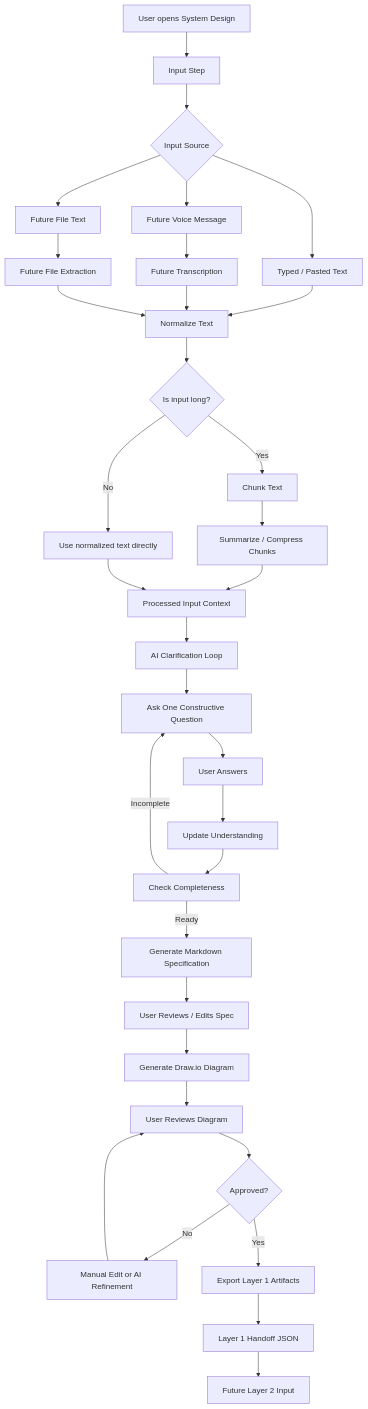
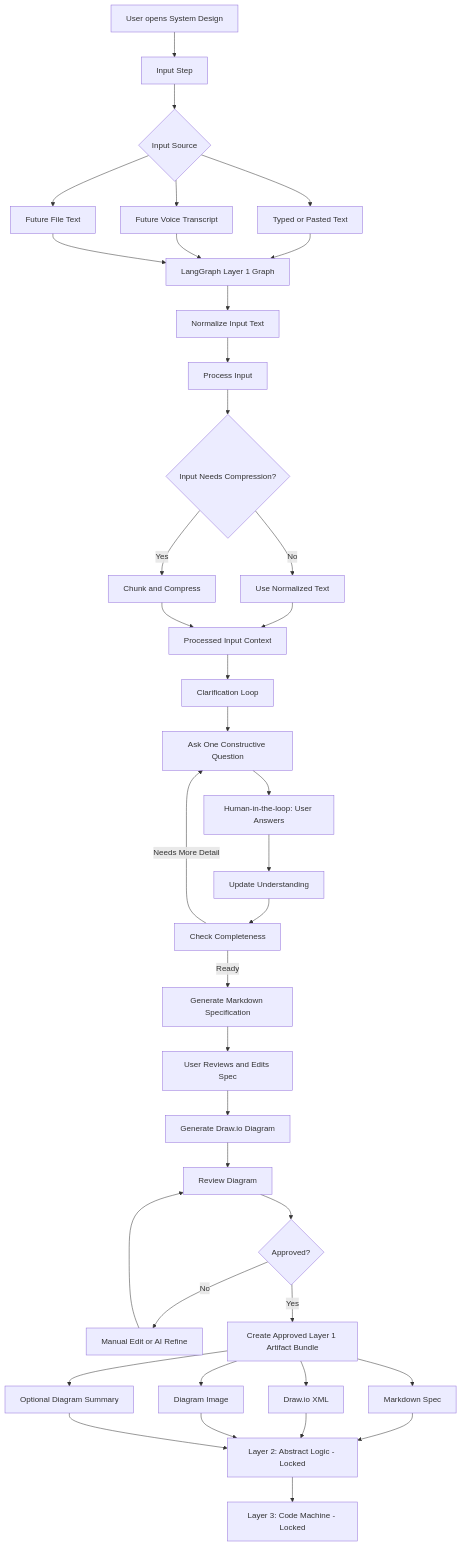
Before and after one commit to ProductMasterz/Mujarrad-Frontend: the second of 19 diagrams in Docs/system-design-detailed-plan.md, drawn with Mermaid. The commit also changed other lines of this file, not shown here.

Commit message:
Refine system design architecture plan

````diff
--- a/Docs/system-design-detailed-plan.md
+++ b/Docs/system-design-detailed-plan.md
@@ -174,42 +226,51 @@
 ```mermaid
 flowchart TD
     A[User opens System Design] --> B[Input Step]
 
     B --> C{Input Source}
-    C --> C1[Typed / Pasted Text]
-    C --> C2[Future Voice Message]
+    C --> C1[Typed or Pasted Text]
+    C --> C2[Future Voice Transcript]
     C --> C3[Future File Text]
 
-    C1 --> D[Normalize Text]
-    C2 --> T[Future Transcription] --> D
-    C3 --> F[Future File Extraction] --> D
+    C1 --> LG[LangGraph Layer 1 Graph]
+    C2 --> LG
+    C3 --> LG
 
-    D --> E{Is input long?}
-    E -->|No| G[Use normalized text directly]
-    E -->|Yes| H[Chunk Text]
+    LG --> D[Normalize Input Text]
+    D --> E[Process Input]
+    E --> F{Input Needs Compression?}
+    F -->|No| G[Use Normalized Text]
+    F -->|Yes| H[Chunk and Compress]
+    G --> I[Processed Input Context]
+    H --> I
 
-    H --> I[Summarize / Compress Chunks]
-    I --> J[Processed Input Context]
-    G --> J
+    I --> J[Clarification Loop]
+    J --> K[Ask One Constructive Question]
+    K --> L[Human-in-the-loop: User Answers]
+    L --> M[Update Understanding]
+    M --> N[Check Completeness]
 
-    J --> K[AI Clarification Loop]
-    K --> L[Ask One Constructive Question]
-    L --> M[User Answers]
-    M --> N[Update Understanding]
-    N --> O[Check Completeness]
+    N -->|Needs More Detail| K
+    N -->|Ready| O[Generate Markdown Specification]
 
-    O -->|Incomplete| L
-    O -->|Ready| P[Generate Markdown Specification]
+    O --> P[User Reviews and Edits Spec]
+    P --> Q[Generate Draw.io Diagram]
+    Q --> R[Review Diagram]
 
-    P --> Q[User Reviews / Edits Spec]
-    Q --> R[Generate Draw.io Diagram]
-    R --> S[User Reviews Diagram]
+    R --> S{Approved?}
+    S -->|No| T[Manual Edit or AI Refine]
+    T --> R
+    S -->|Yes| U[Create Approved Layer 1 Artifact Bundle]
 
-    S --> U{Approved?}
-    U -->|No| V[Manual Edit or AI Refinement]
-    V --> S
-    U -->|Yes| W[Export Layer 1 Artifacts]
+    U --> U1[Markdown Spec]
+    U --> U2[Draw.io XML]
+    U --> U3[Diagram Image]
+    U --> U4[Optional Diagram Summary]
 
-    W --> X[Layer 1 Handoff JSON]
-    X --> Y[Future Layer 2 Input]
+    U1 --> V[Layer 2: Abstract Logic - Locked]
+    U2 --> V
+    U3 --> V
+    U4 --> V
+
+    V --> W[Layer 3: Code Machine - Locked]
 ```
````
